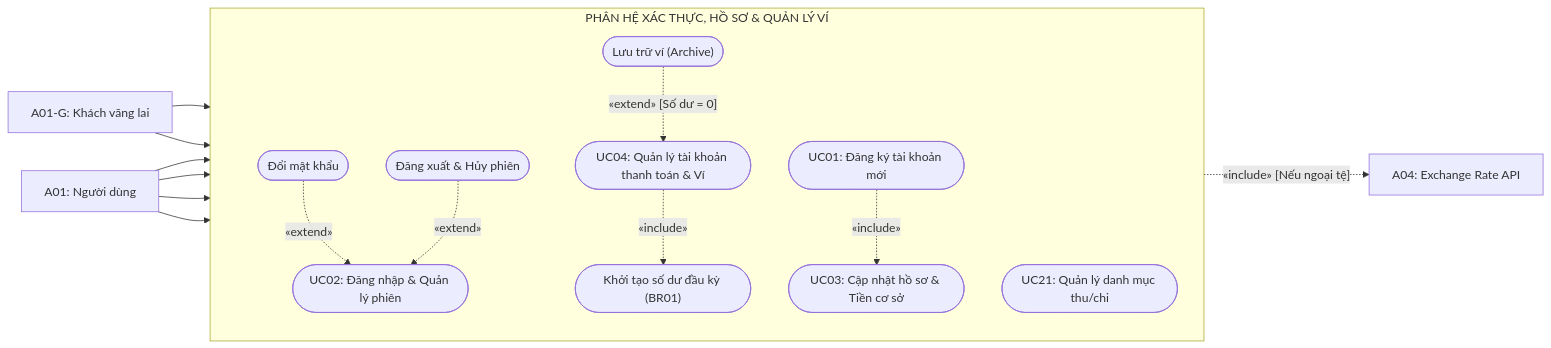
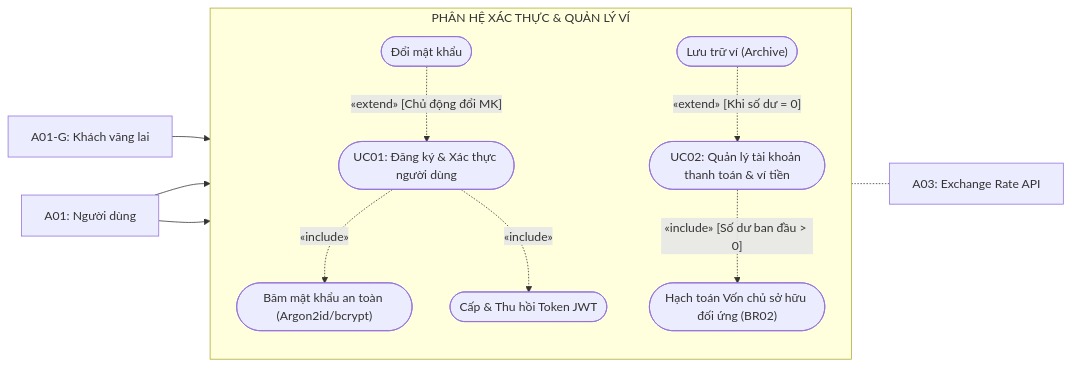
The second of 7 diagrams in docs/02_elaboration/uml_modeling/usecase_diagram.md (huytothevoz/SE---Microfinance-Personal-Wealth-Expense-Tracker), drawn with Mermaid before and after one commit. The commit also changed other lines of this file and 2 other files, not shown here.

Commit message:
I create the activity diagram, minimized project scope to 13 usecases include 11 usecase for user and 2 usecases for admin

````diff
--- a/docs/02_elaboration/uml_modeling/usecase_diagram.md
+++ b/docs/02_elaboration/uml_modeling/usecase_diagram.md
@@ -112,43 +105,34 @@
 ```mermaid
 flowchart LR
     %% Actors
     Guest["A01-G: Khách vãng lai"]
     User["A01: Người dùng"]
-    FX["A04: Exchange Rate API"]
+    FX["A03: Exchange Rate API"]
 
-    subgraph Boundary_Auth["PHÂN HỆ XÁC THỰC, HỒ SƠ & QUẢN LÝ VÍ"]
+    subgraph Boundary_Auth["PHÂN HỆ XÁC THỰC & QUẢN LÝ VÍ"]
         direction TB
 
-        UC01(["UC01: Đăng ký tài khoản mới"])
-        UC02(["UC02: Đăng nhập & Quản lý phiên"])
-        UC02_1(["Đổi mật khẩu"])
-        UC02_2(["Đăng xuất & Hủy phiên"])
-        UC03(["UC03: Cập nhật hồ sơ & Tiền cơ sở"])
-        UC04(["UC04: Quản lý tài khoản thanh toán & Ví"])
-        UC04_Init(["Khởi tạo số dư đầu kỳ (BR01)"])
-        UC04_Arch(["Lưu trữ ví (Archive)"])
-        UC21(["UC21: Quản lý danh mục thu/chi"])
+        UC01(["UC01: Đăng ký & Xác thực người dùng"])
+        UC01_Hash(["Băm mật khẩu an toàn (Argon2id/bcrypt)"])
+        UC01_JWT(["Cấp & Thu hồi Token JWT"])
+        UC01_Reset(["Đổi mật khẩu"])
+
+        UC02(["UC02: Quản lý tài khoản thanh toán & ví tiền"])
+        UC02_Equity(["Hạch toán Vốn chủ sở hữu đối ứng (BR02)"])
+        UC02_Archive(["Lưu trữ ví (Archive)"])
     end
 
-    %% Quan hệ Actor
+    %% Tương tác
     Guest --> UC01
-    Guest --> UC02
+    User --> UC01
     User --> UC02
-    User --> UC03
-    User --> UC04
-    User --> UC21
+    UC02 -.- FX
 
-    %% Phân rã UC02 (Extend trỏ về Base theo chuẩn UML)
-    UC02_1 -.->|"«extend»"| UC02
-    UC02_2 -.->|"«extend»"| UC02
+    %% Include / Extend
+    UC01 -.->|"«include»"| UC01_Hash
+    UC01 -.->|"«include»"| UC01_JWT
+    UC01_Reset -.->|"«extend» [Chủ động đổi MK]"| UC01
 
-    %% Quan hệ include / extend UC04
-    UC04 -.->|"«include»"| UC04_Init
-    UC04_Arch -.->|"«extend» [Số dư = 0]"| UC04
-
-    %% Quy đổi ngoại tệ khi tạo số dư đầu kỳ
-    UC04_Init -.->|"«include» [Nếu ngoại tệ]"| FX
-
-    %% Quan hệ giữa đăng ký và thiết lập tiền cơ sở
-    UC01 -.->|"«include»"| UC03
+    UC02 -.->|"«include» [Số dư ban đầu > 0]"| UC02_Equity
+    UC02_Archive -.->|"«extend» [Khi số dư = 0]"| UC02
 ```
````
